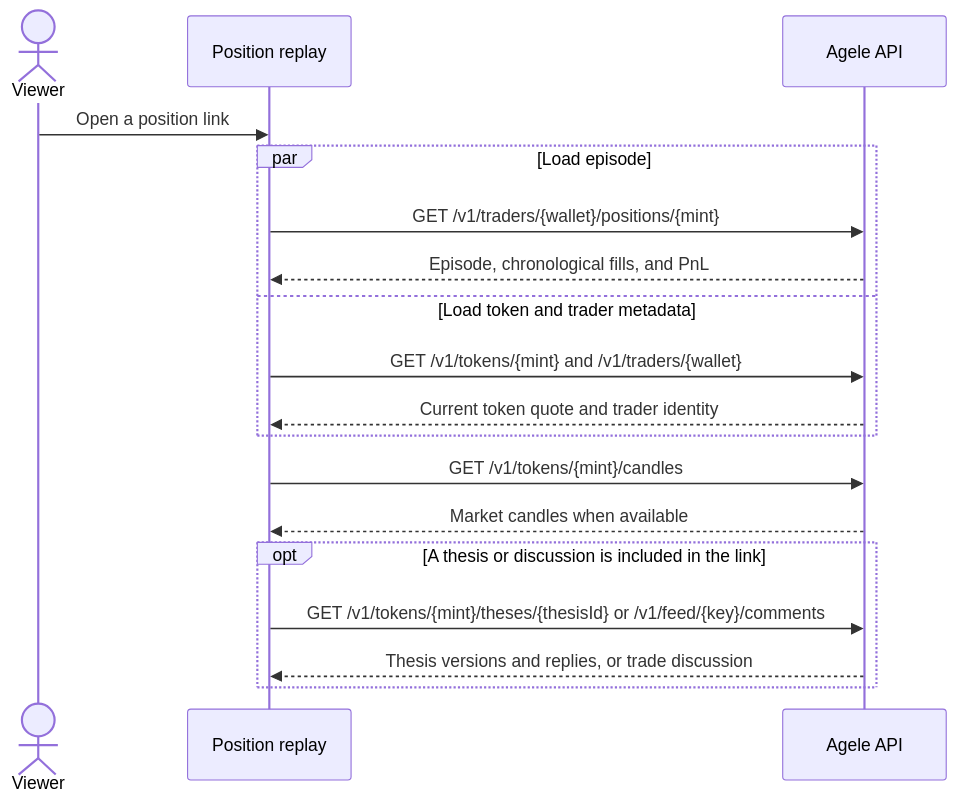
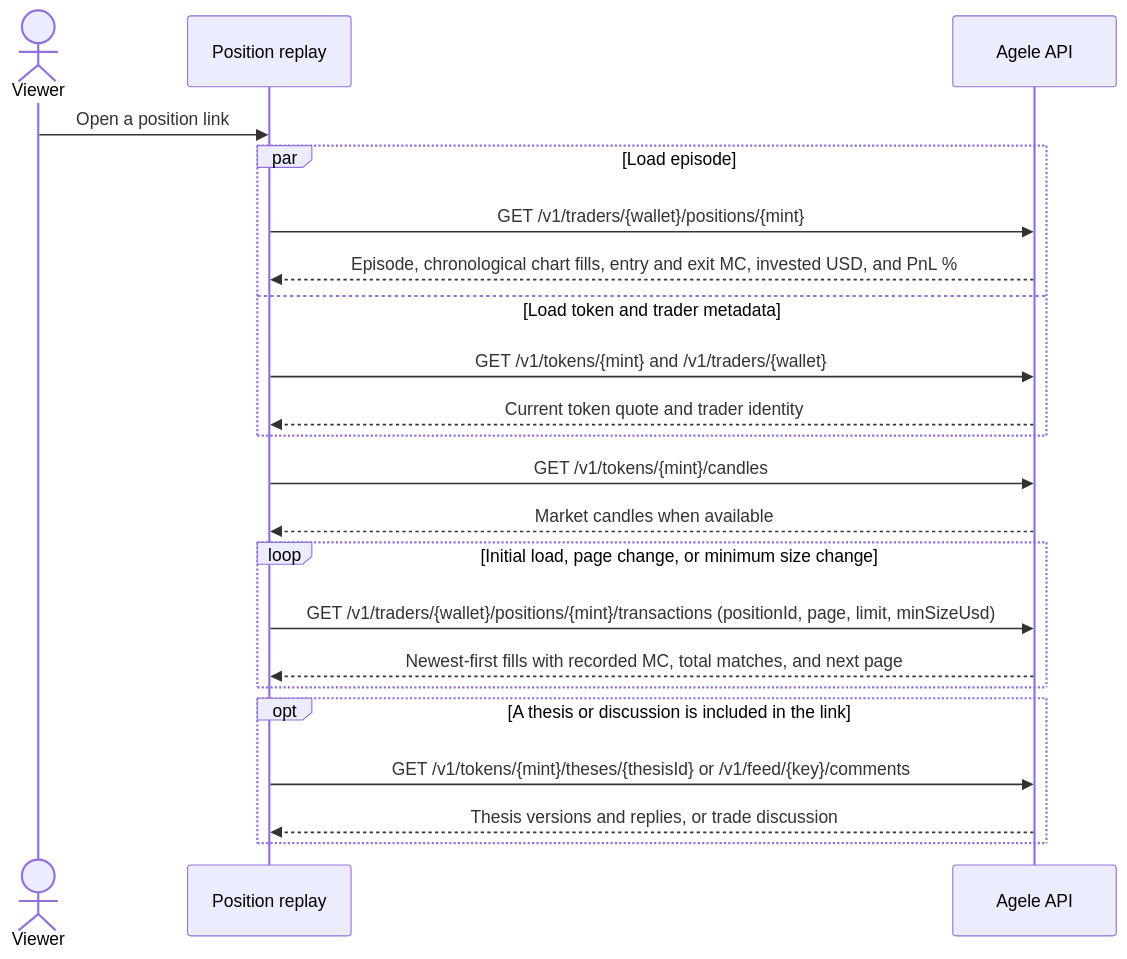
One commit to jog01/agele-web changed the third of 3 diagrams in docs/social-pages.md. Above: the diagram before and after it, drawn with Mermaid. The commit also changed other lines of this file and 8 other files, not shown here.

Commit message:
feat(social): use server position replay metrics and transactions

````diff
--- a/docs/social-pages.md
+++ b/docs/social-pages.md
@@ -49,20 +50,24 @@
 ```mermaid
 sequenceDiagram
   actor Viewer
   participant Replay as Position replay
   participant API as Agele API
   Viewer->>Replay: Open a position link
   par Load episode
     Replay->>API: GET /v1/traders/{wallet}/positions/{mint}
-    API-->>Replay: Episode, chronological fills, and PnL
+    API-->>Replay: Episode, chronological chart fills, entry and exit MC, invested USD, and PnL %
   and Load token and trader metadata
     Replay->>API: GET /v1/tokens/{mint} and /v1/traders/{wallet}
     API-->>Replay: Current token quote and trader identity
   end
   Replay->>API: GET /v1/tokens/{mint}/candles
   API-->>Replay: Market candles when available
+  loop Initial load, page change, or minimum size change
+    Replay->>API: GET /v1/traders/{wallet}/positions/{mint}/transactions (positionId, page, limit, minSizeUsd)
+    API-->>Replay: Newest-first fills with recorded MC, total matches, and next page
+  end
   opt A thesis or discussion is included in the link
     Replay->>API: GET /v1/tokens/{mint}/theses/{thesisId} or /v1/feed/{key}/comments
     API-->>Replay: Thesis versions and replies, or trade discussion
   end
 ```
````
